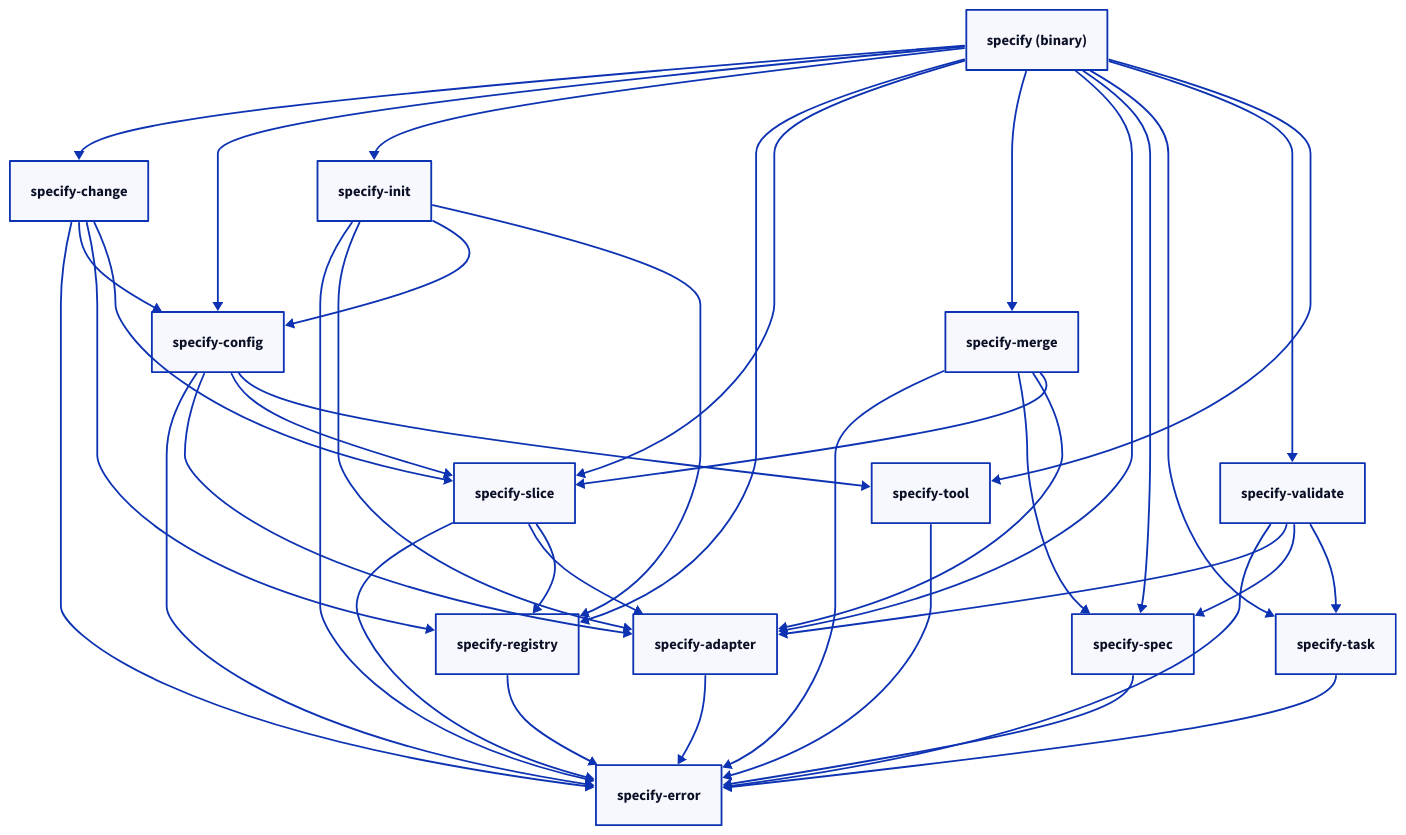
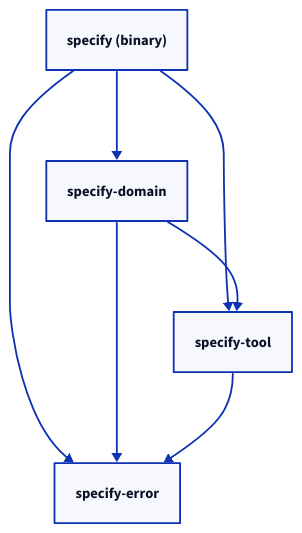
Before and after one commit to augentic/anvil: the diagram in docs/contributing/cli-architecture.md, drawn with D2. The commit also changed other lines of this file and 1266 other files, not shown here.

````diff
--- a/docs/contributing/cli-architecture.md
+++ b/docs/contributing/cli-architecture.md
@@ -26,60 +22,18 @@
 ```d2
 direction: down
 
 specify: "specify (binary)" {
   shape: rectangle
 }
-change: specify-change
-config: specify-config
-init: specify-init
-registry: specify-registry
-slice: specify-slice
+domain: specify-domain
+tool: specify-tool
 error: specify-error
-merge: specify-merge
-adapter: specify-adapter
-spec: specify-spec
-task: specify-task
-validate: specify-validate
-tool: specify-tool
 
-specify -> change
-specify -> config
-specify -> init
-specify -> registry
-specify -> slice
-specify -> merge
-specify -> adapter
-specify -> spec
-specify -> task
-specify -> validate
+specify -> domain
 specify -> tool
+specify -> error
 
-change -> error
-change -> config
-change -> registry
-change -> slice
-config -> error
-config -> adapter
-config -> slice
-config -> tool
-init -> error
-init -> adapter
-init -> config
-init -> registry
-registry -> error
-slice -> error
-slice -> adapter
-slice -> registry
-merge -> error
-merge -> spec
-merge -> adapter
-merge -> slice
-validate -> error
-validate -> adapter
-validate -> spec
-validate -> task
+domain -> tool
+domain -> error
 tool -> error
-spec -> error
-task -> error
-adapter -> error
 ```
````
